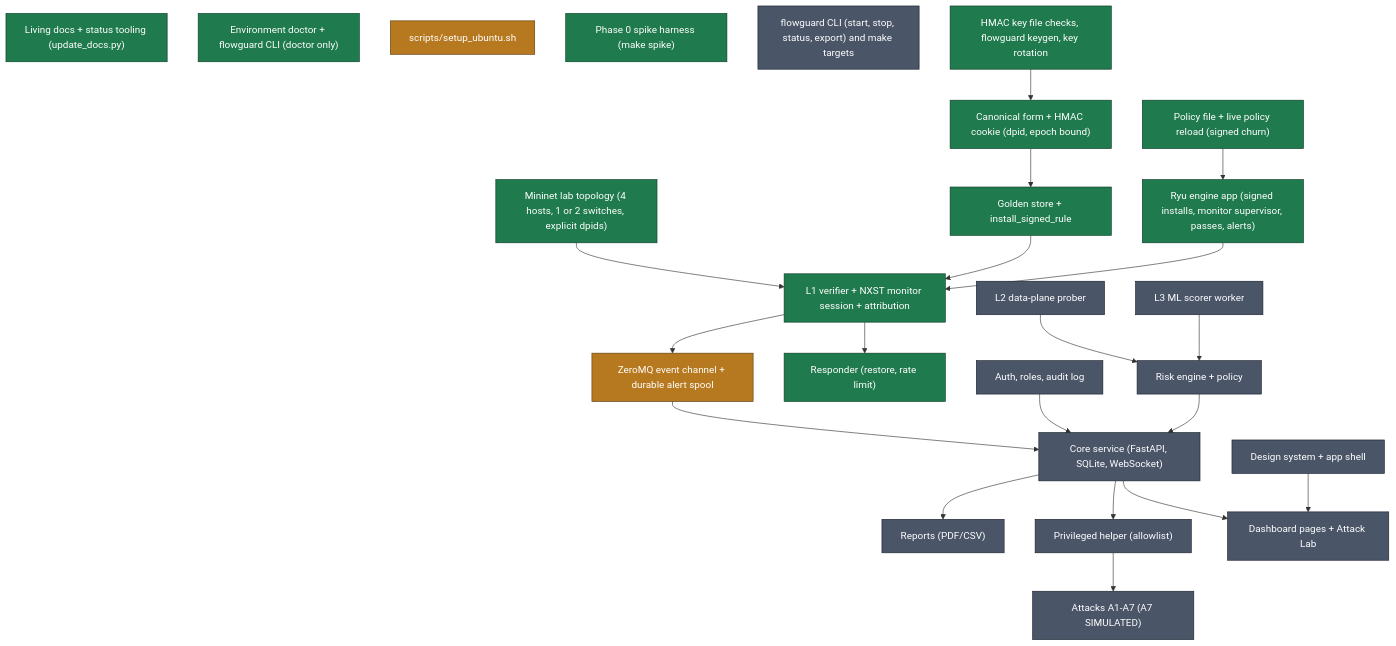
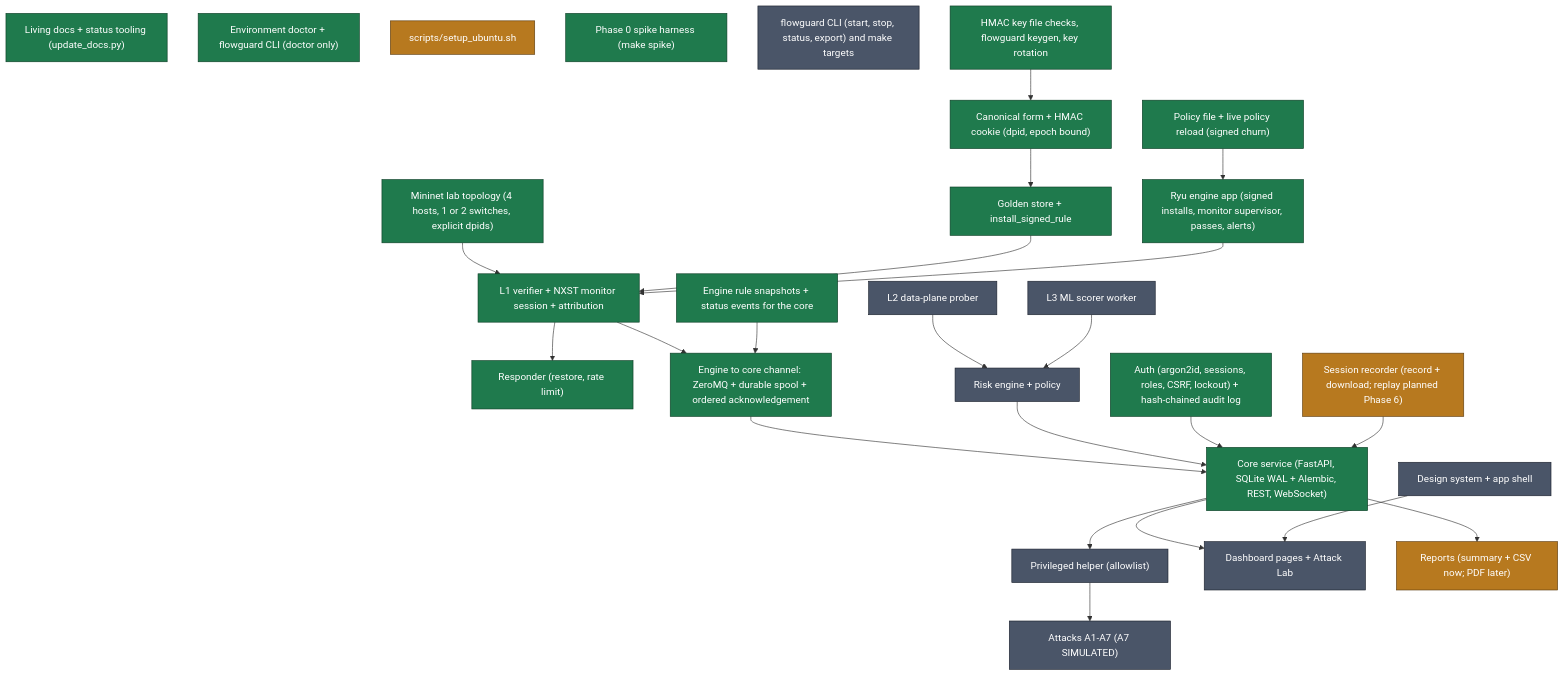
The sixth of 6 diagrams in ARCHITECTURE.md (RKG765/flowguard), drawn with Mermaid before and after one commit. The commit also changed other lines of this file and 50 other files, not shown here.

First line of the commit message:
Phase 2: core service (API, storage, auth, audit) fed live by the engine

````diff
--- a/ARCHITECTURE.md
+++ b/ARCHITECTURE.md
@@ -119,52 +180,56 @@
 ```mermaid
 flowchart TB
   docs_tooling["Living docs + status tooling (update_docs.py)"]:::implemented
   doctor["Environment doctor + flowguard CLI (doctor only)"]:::implemented
   setup_script["scripts/setup_ubuntu.sh"]:::partial
   lab_topology["Mininet lab topology (4 hosts, 1 or 2 switches, explicit dpids)"]:::implemented
   spike_harness["Phase 0 spike harness (make spike)"]:::implemented
   engine_crypto["Canonical form + HMAC cookie (dpid, epoch bound)"]:::implemented
   engine_store["Golden store + install_signed_rule"]:::implemented
   engine_verifier["L1 verifier + NXST monitor session + attribution"]:::implemented
   engine_responder["Responder (restore, rate limit)"]:::implemented
-  event_channel["ZeroMQ event channel + durable alert spool"]:::partial
-  core_service["Core service (FastAPI, SQLite, WebSocket)"]:::planned
-  core_auth["Auth, roles, audit log"]:::planned
+  event_channel["Engine to core channel: ZeroMQ + durable spool + ordered acknowledgement"]:::implemented
+  core_service["Core service (FastAPI, SQLite WAL + Alembic, REST, WebSocket)"]:::implemented
+  core_auth["Auth (argon2id, sessions, roles, CSRF, lockout) + hash-chained audit log"]:::implemented
   helper["Privileged helper (allowlist)"]:::planned
   attacks["Attacks A1-A7 (A7 SIMULATED)"]:::planned
   web_design_system["Design system + app shell"]:::planned
   web_pages["Dashboard pages + Attack Lab"]:::planned
   engine_prober["L2 data-plane prober"]:::planned
   ml_worker["L3 ML scorer worker"]:::planned
   risk_engine["Risk engine + policy"]:::planned
-  reports["Reports (PDF/CSV)"]:::planned
+  reports["Reports (summary + CSV now; PDF later)"]:::partial
   packaging["flowguard CLI (start, stop, status, export) and make targets"]:::planned
   engine_app["Ryu engine app (signed installs, monitor supervisor, passes, alerts)"]:::implemented
   engine_policy["Policy file + live policy reload (signed churn)"]:::implemented
   key_management["HMAC key file checks, flowguard keygen, key rotation"]:::implemented
+  core_recordings["Session recorder (record + download; replay planned Phase 6)"]:::partial
+  engine_snapshots["Engine rule snapshots + status events for the core"]:::implemented
   lab_topology --> engine_verifier
   engine_crypto --> engine_store
   engine_store --> engine_verifier
   engine_verifier --> engine_responder
   engine_verifier --> event_channel
   engine_prober --> risk_engine
   ml_worker --> risk_engine
   event_channel --> core_service
   risk_engine --> core_service
   core_auth --> core_service
   core_service --> web_pages
   web_design_system --> web_pages
   core_service --> helper
   helper --> attacks
   core_service --> reports
   engine_app --> engine_verifier
   engine_policy --> engine_app
   key_management --> engine_crypto
+  engine_snapshots --> event_channel
+  core_recordings --> core_service
   classDef done fill:#1f7a4d,stroke:#0b3d24,color:#ffffff;
   classDef in_progress fill:#b7791f,stroke:#5c3b0d,color:#ffffff;
   classDef not_started fill:#4a5568,stroke:#1a202c,color:#ffffff;
   classDef blocked fill:#c53030,stroke:#63171b,color:#ffffff;
   classDef implemented fill:#1f7a4d,stroke:#0b3d24,color:#ffffff;
   classDef partial fill:#b7791f,stroke:#5c3b0d,color:#ffffff;
   classDef planned fill:#4a5568,stroke:#1a202c,color:#ffffff;
 ```
````
